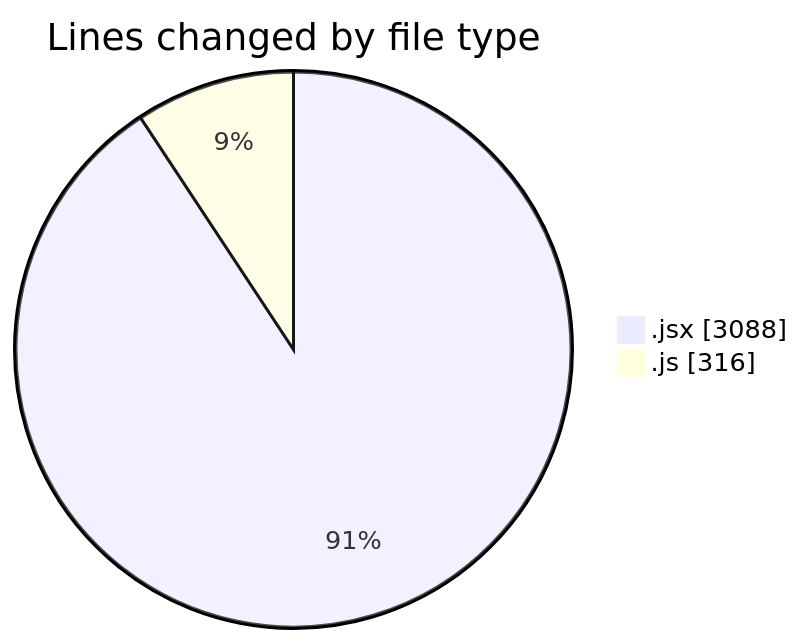
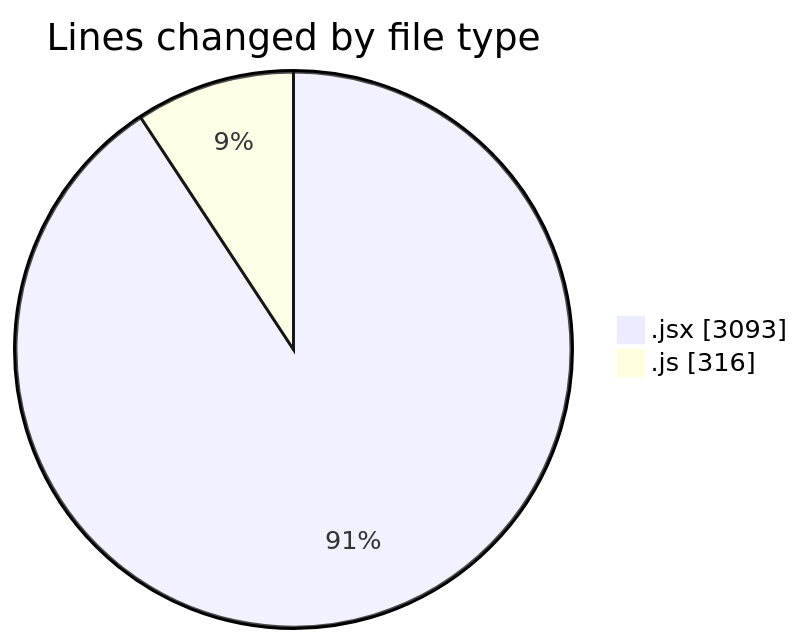
The first of 2 diagrams in 2025-07-10/argos/README.md (nxtqubesakshisongat/code-tracking), drawn with Mermaid before and after one commit. The commit also changed other lines of this file and 1 other file, not shown here.

````diff
--- a/2025-07-10/argos/README.md
+++ b/2025-07-10/argos/README.md
@@ -25,6 +25,6 @@
 ```mermaid
 pie showData
 title Lines changed by file type
-".jsx" : 3088
+".jsx" : 3093
 ".js" : 316
 ```
````
